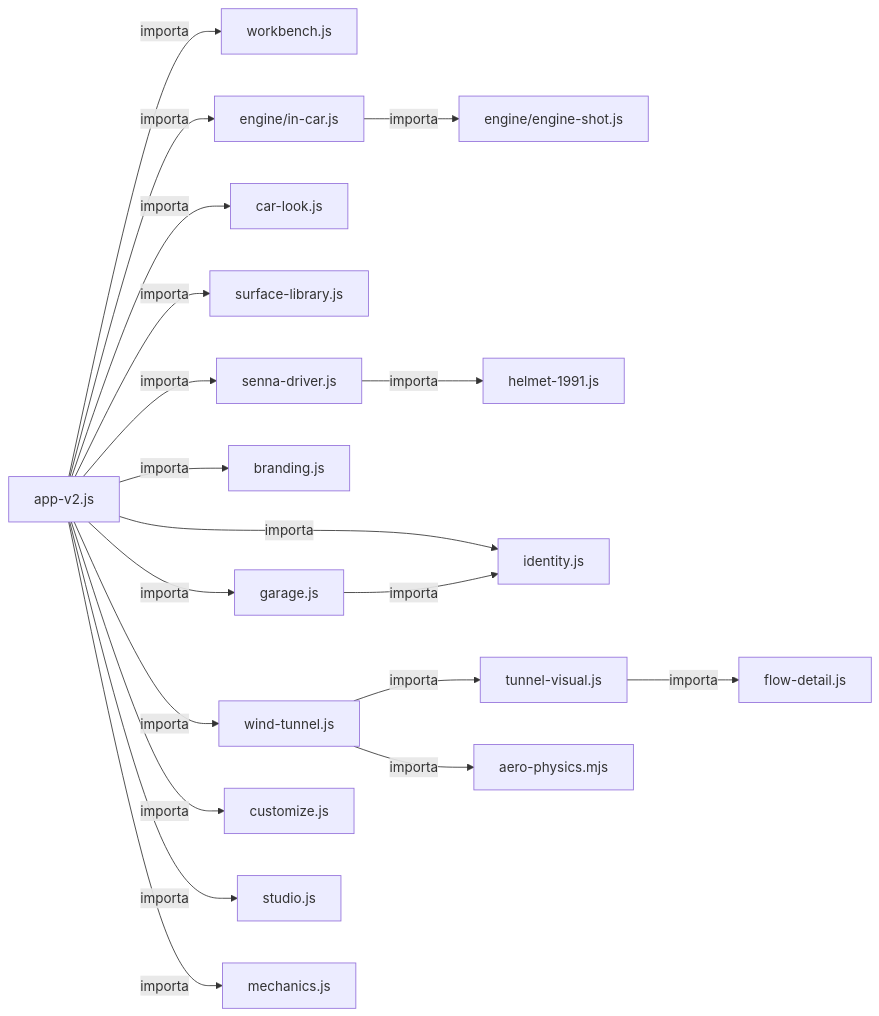
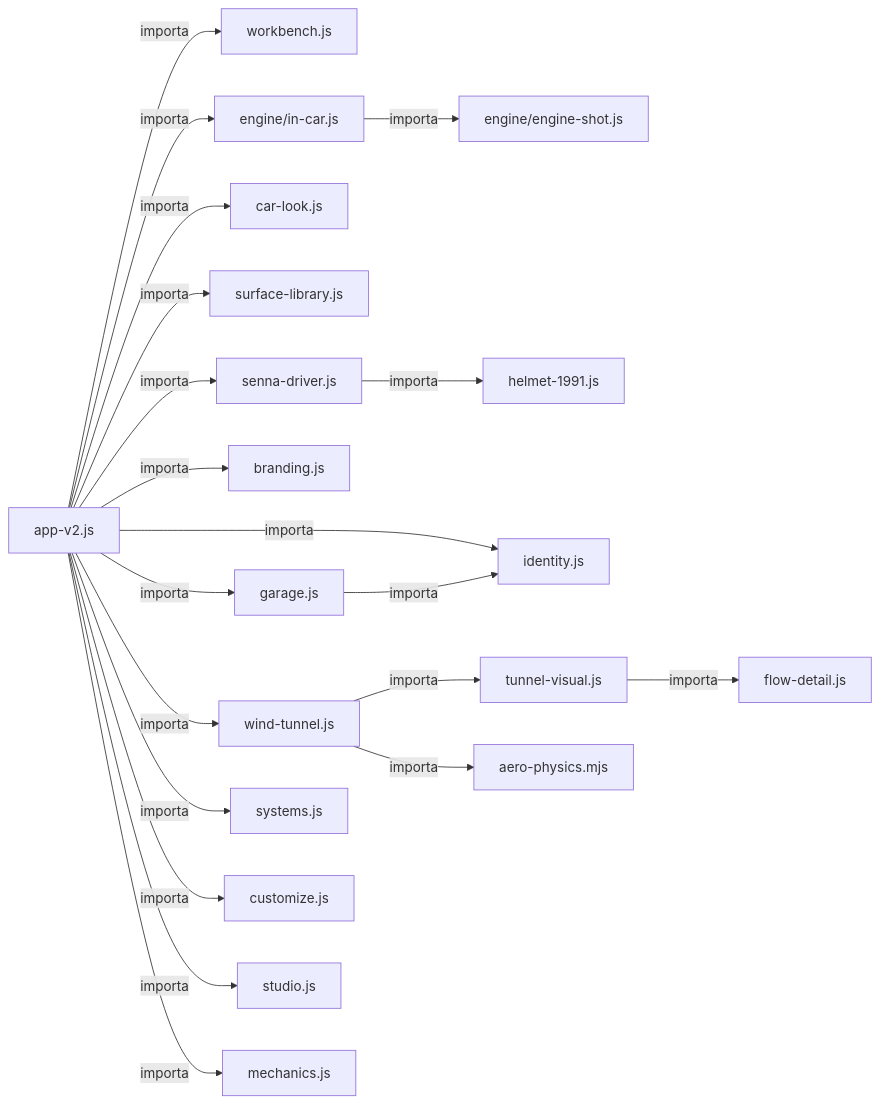
Before and after one commit to igormorais123/INTEIA-laboratorio-3d: the first of 3 diagrams in docs/mapas/GRAFOS.md, drawn with Mermaid. The commit also changed other lines of this file and 35 other files, not shown here.

````diff
--- a/docs/mapas/GRAFOS.md
+++ b/docs/mapas/GRAFOS.md
@@ -9,39 +9,41 @@
 ```mermaid
 flowchart LR
   n0["aero-physics.mjs"]
   n1["app-v2.js"]
   n2["branding.js"]
   n3["car-look.js"]
   n4["customize.js"]
   n5["engine/engine-shot.js"]
   n6["engine/in-car.js"]
   n7["flow-detail.js"]
   n8["garage.js"]
   n9["helmet-1991.js"]
   n10["identity.js"]
   n11["mechanics.js"]
   n12["senna-driver.js"]
   n13["studio.js"]
   n14["surface-library.js"]
-  n15["tunnel-visual.js"]
-  n16["wind-tunnel.js"]
-  n17["workbench.js"]
-  n1 -->|"importa"| n17
+  n15["systems.js"]
+  n16["tunnel-visual.js"]
+  n17["wind-tunnel.js"]
+  n18["workbench.js"]
+  n1 -->|"importa"| n18
   n1 -->|"importa"| n6
   n1 -->|"importa"| n3
   n1 -->|"importa"| n14
   n1 -->|"importa"| n12
   n1 -->|"importa"| n2
   n1 -->|"importa"| n10
   n1 -->|"importa"| n8
-  n1 -->|"importa"| n16
+  n1 -->|"importa"| n17
+  n1 -->|"importa"| n15
   n1 -->|"importa"| n4
   n1 -->|"importa"| n13
   n1 -->|"importa"| n11
   n6 -->|"importa"| n5
   n8 -->|"importa"| n10
   n12 -->|"importa"| n9
-  n15 -->|"importa"| n7
-  n16 -->|"importa"| n15
-  n16 -->|"importa"| n0
+  n16 -->|"importa"| n7
+  n17 -->|"importa"| n16
+  n17 -->|"importa"| n0
 ```
````
